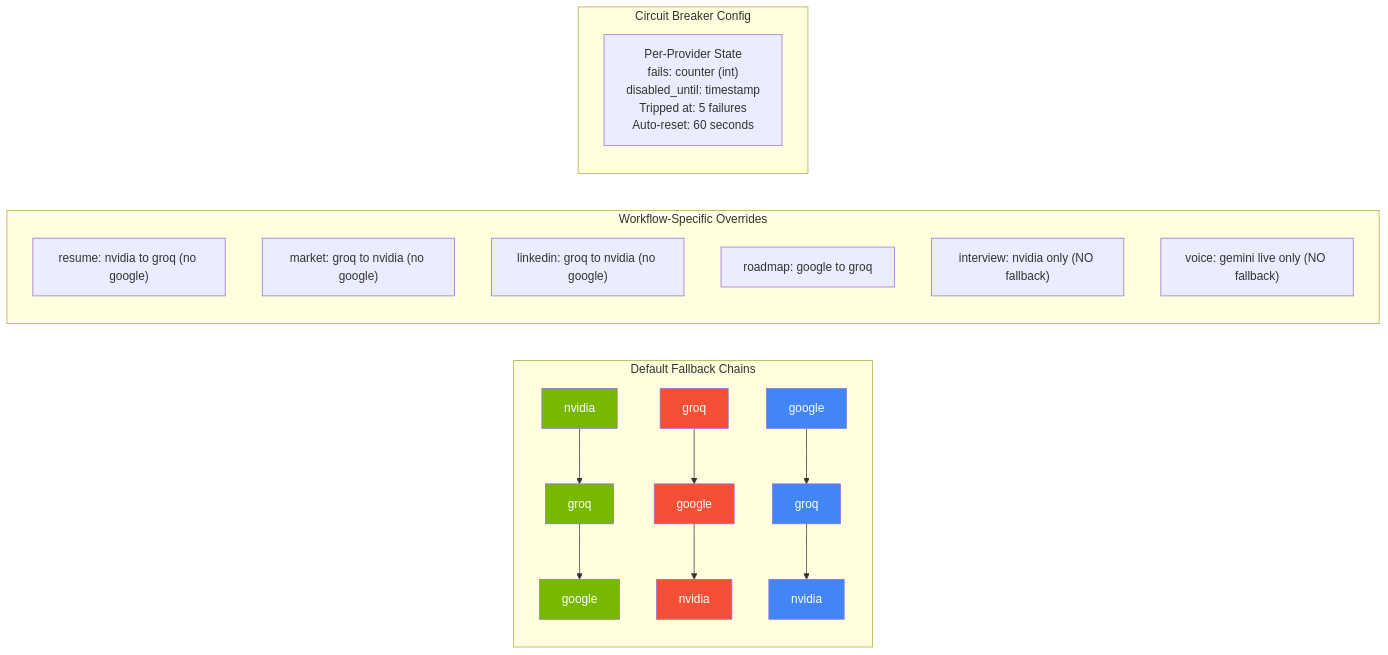
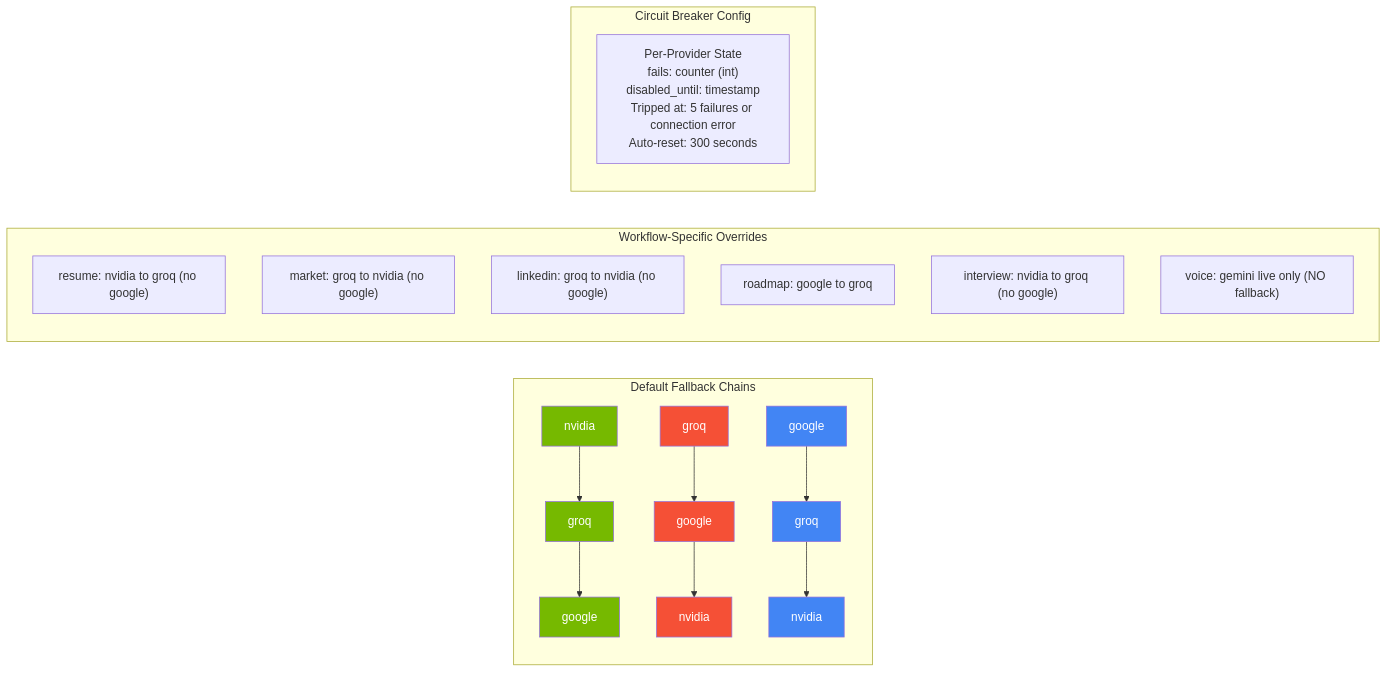
One commit to Anil-Pradhan-web/ai-career-mentor changed diagram 14 of 35 in ARCHITECTURE.md. Above: the diagram before and after it, drawn with Mermaid. The commit also changed other lines of this file, not shown here.

Commit message:
docs: align provider fallback chain and circuit breaker configs with code

````diff
--- a/ARCHITECTURE.md
+++ b/ARCHITECTURE.md
@@ -677,29 +677,29 @@
 ```mermaid
 graph LR
     classDef nvidia fill:#76B900,color:#fff
     classDef groq fill:#F55036,color:#fff
     classDef google fill:#4285F4,color:#fff
 
     subgraph "Default Fallback Chains"
         N["nvidia"] --> N_G["groq"] --> N_GO["google"]
         G["groq"] --> G_GO["google"] --> G_N["nvidia"]
         GO["google"] --> GO_G["groq"] --> GO_N["nvidia"]
     end
     
     subgraph "Workflow-Specific Overrides"
         W1["resume: nvidia to groq (no google)"]
         W2["market: groq to nvidia (no google)"]
         W3["linkedin: groq to nvidia (no google)"]
         W4["roadmap: google to groq"]
-        W5["interview: nvidia only (NO fallback)"]
+        W5["interview: nvidia to groq (no google)"]
         W6["voice: gemini live only (NO fallback)"]
     end
 
     subgraph "Circuit Breaker Config"
-        CB["Per-Provider State<br/>fails: counter (int)<br/>disabled_until: timestamp<br/>Tripped at: 5 failures<br/>Auto-reset: 60 seconds"]
+        CB["Per-Provider State<br/>fails: counter (int)<br/>disabled_until: timestamp<br/>Tripped at: 5 failures or connection error<br/>Auto-reset: 300 seconds"]
     end
 
     class N,N_G,N_GO nvidia
     class G,G_GO,G_N groq
     class GO,GO_G,GO_N google
 ```
````
